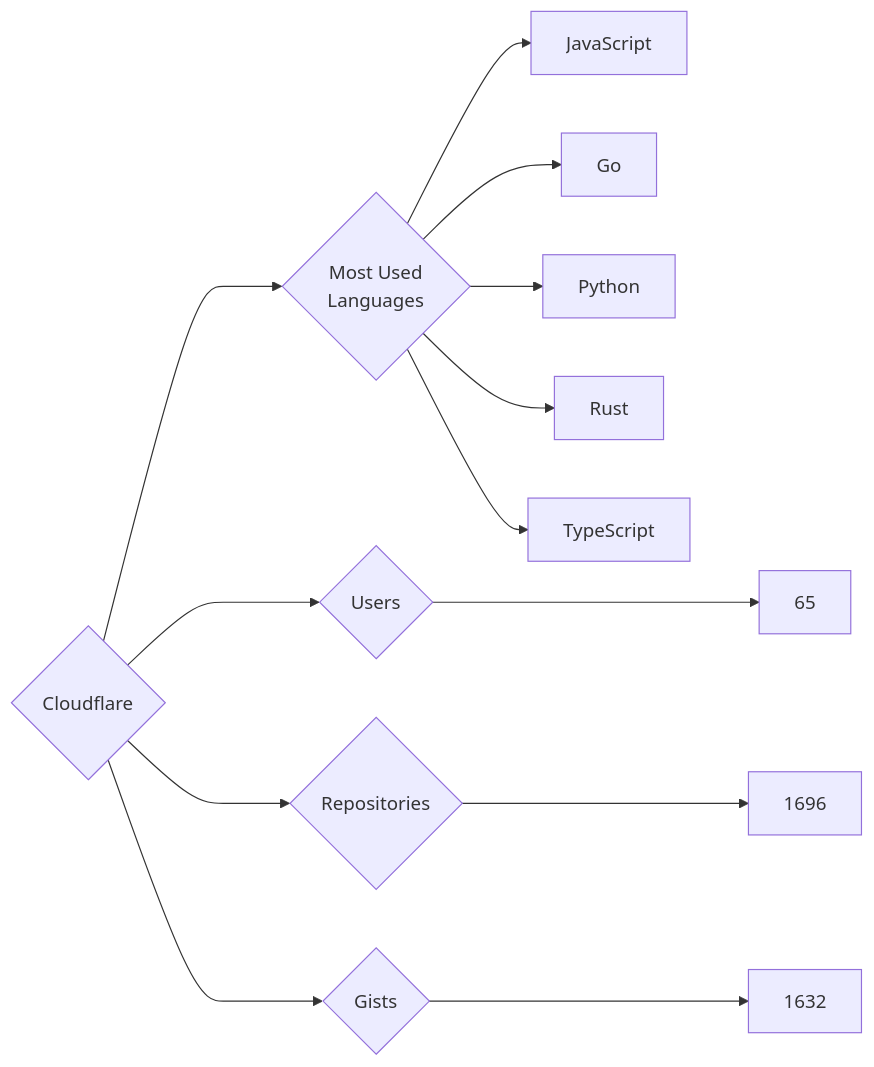
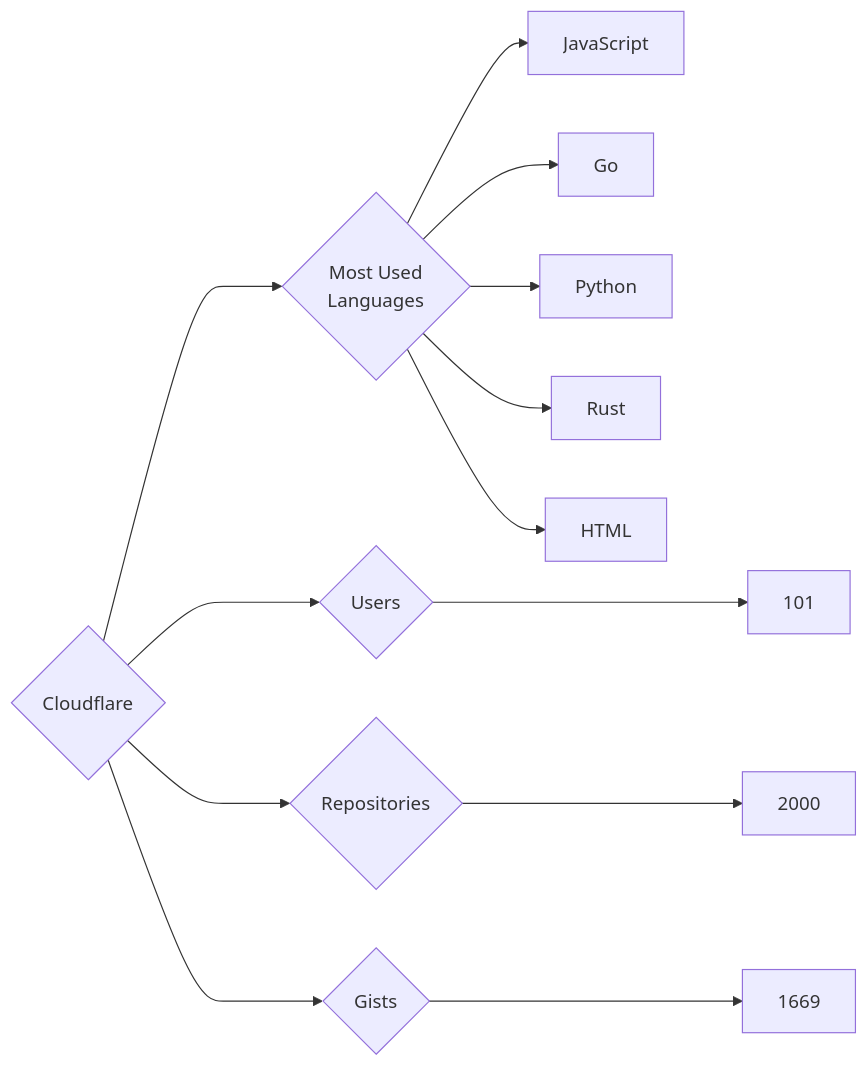
Before and after one commit to trickest/insiders: the diagram in targets/Cloudflare/README.md, drawn with Mermaid. The commit also changed 823 other files, not shown here.

````diff
--- a/targets/Cloudflare/README.md
+++ b/targets/Cloudflare/README.md
@@ -3,13 +3,13 @@
 ```mermaid
 graph LR
 COMPANY_NAME{Cloudflare}
-COMPANY_NAME ---> U{Users} ---> UN[65]
-COMPANY_NAME ---> R{Repositories} ---> RN[1696]
-COMPANY_NAME ---> G{Gists} ---> GN[1632]
+COMPANY_NAME ---> U{Users} ---> UN[101]
+COMPANY_NAME ---> R{Repositories} ---> RN[2000]
+COMPANY_NAME ---> G{Gists} ---> GN[1669]
 COMPANY_NAME ---> ML{Most Used<br>Languages}
 ML --> JavaScript[JavaScript]
 ML --> Go[Go]
 ML --> Python[Python]
 ML --> Rust[Rust]
-ML --> TypeScript[TypeScript]
+ML --> HTML[HTML]
 ```
````
